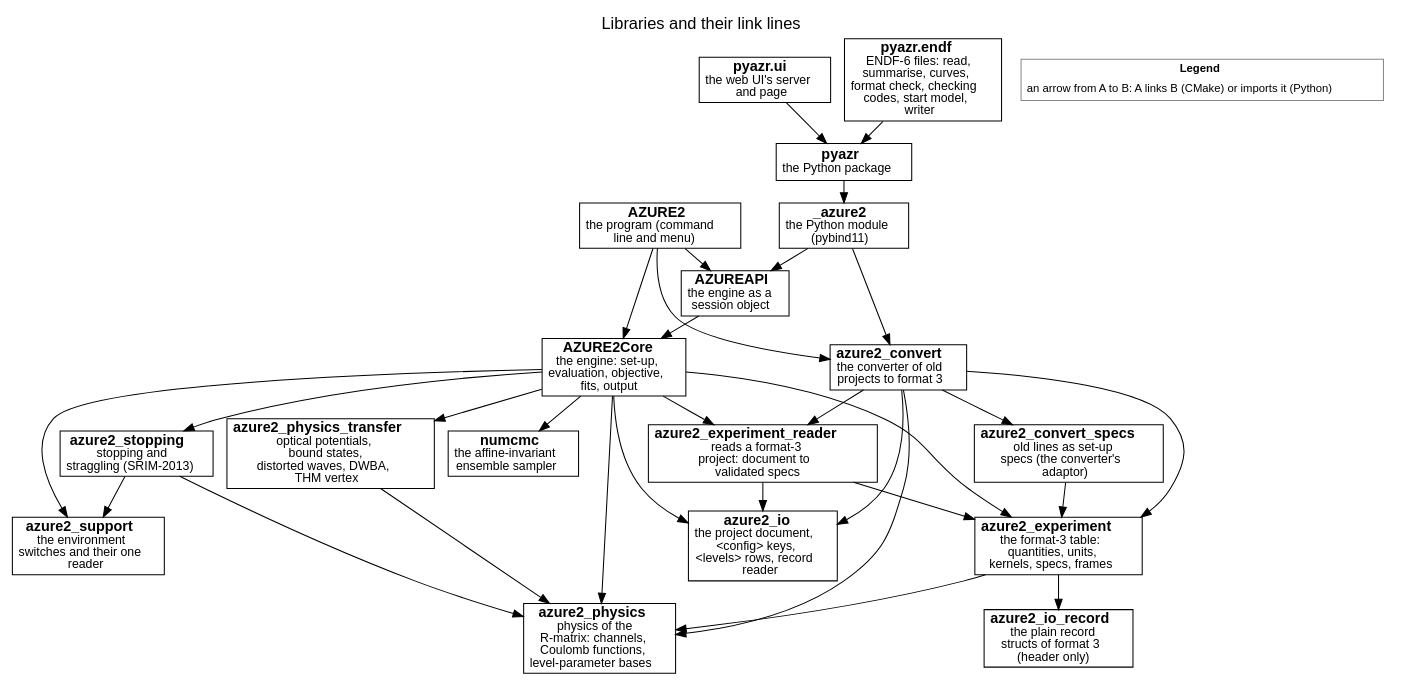
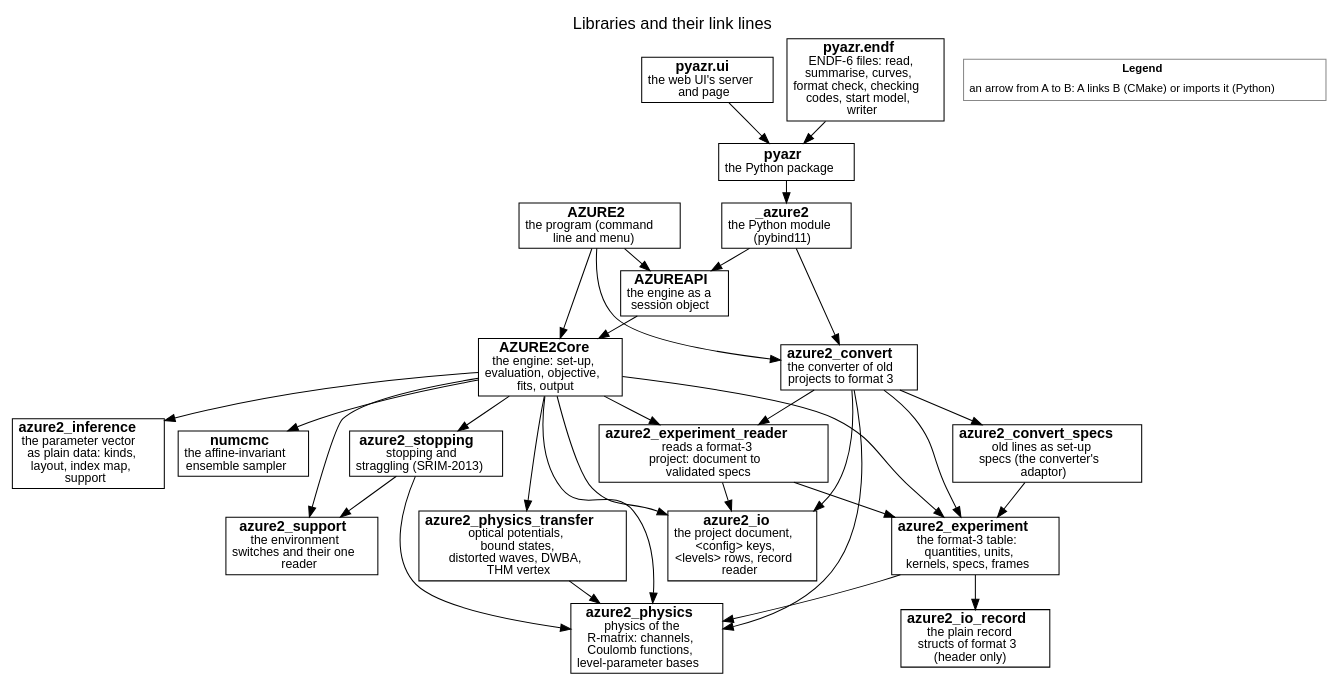
Before and after one commit to AZURE2DEV/AZURE2: the diagram in docs/source/developer/figures/libraries.dot, drawn with Graphviz. The commit also changed 47 other files, not shown here.

```diff
--- a/docs/source/developer/figures/libraries.dot
+++ b/docs/source/developer/figures/libraries.dot
@@ -1,54 +1,56 @@
 digraph libraries {
   graph [rankdir=TB, fontname="Helvetica", fontsize=16, labelloc=t, label="Libraries and their link lines", nodesep=0.18, ranksep=0.3, newrank=true];
   node [fontname="Helvetica", fontsize=14, margin="0.08,0.04"];
   edge [fontname="Helvetica", fontsize=12];
   n_azure2_support [label=<<b>azure2_support</b><br/><font point-size="12">the environment<br/>switches and their one<br/>reader</font>>, shape=box, style="filled", fillcolor="white"];
   n_azure2_physics [label=<<b>azure2_physics</b><br/><font point-size="12">physics of the<br/>R-matrix: channels,<br/>Coulomb functions,<br/>level-parameter bases</font>>, shape=box, style="filled", fillcolor="white"];
   n_azure2_physics_transfer [label=<<b>azure2_physics_transfer</b><br/><font point-size="12">optical potentials,<br/>bound states,<br/>distorted waves, DWBA,<br/>THM vertex</font>>, shape=box, style="filled", fillcolor="white"];
   n_azure2_io [label=<<b>azure2_io</b><br/><font point-size="12">the project document,<br/>&lt;config&gt; keys,<br/>&lt;levels&gt; rows, record<br/>reader</font>>, shape=box, style="filled", fillcolor="white"];
   n_azure2_io_record [label=<<b>azure2_io_record</b><br/><font point-size="12">the plain record<br/>structs of format 3<br/>(header only)</font>>, shape=box, style="filled", fillcolor="white"];
   n_azure2_stopping [label=<<b>azure2_stopping</b><br/><font point-size="12">stopping and<br/>straggling (SRIM-2013)</font>>, shape=box, style="filled", fillcolor="white"];
   n_azure2_experiment [label=<<b>azure2_experiment</b><br/><font point-size="12">the format-3 table:<br/>quantities, units,<br/>kernels, specs, frames</font>>, shape=box, style="filled", fillcolor="white"];
   n_azure2_experiment_reader [label=<<b>azure2_experiment_reader</b><br/><font point-size="12">reads a format-3<br/>project: document to<br/>validated specs</font>>, shape=box, style="filled", fillcolor="white"];
+  n_azure2_inference [label=<<b>azure2_inference</b><br/><font point-size="12">the parameter vector<br/>as plain data: kinds,<br/>layout, index map,<br/>support</font>>, shape=box, style="filled", fillcolor="white"];
   n_azure2_convert_specs [label=<<b>azure2_convert_specs</b><br/><font point-size="12">old lines as set-up<br/>specs (the converter&#x27;s<br/>adaptor)</font>>, shape=box, style="filled", fillcolor="white"];
   n_azure2_convert [label=<<b>azure2_convert</b><br/><font point-size="12">the converter of old<br/>projects to format 3</font>>, shape=box, style="filled", fillcolor="white"];
   n_numcmc [label=<<b>numcmc</b><br/><font point-size="12">the affine-invariant<br/>ensemble sampler</font>>, shape=box, style="filled", fillcolor="white"];
   n_AZURE2Core [label=<<b>AZURE2Core</b><br/><font point-size="12">the engine: set-up,<br/>evaluation, objective,<br/>fits, output</font>>, shape=box, style="filled", fillcolor="white"];
   n_AZUREAPI [label=<<b>AZUREAPI</b><br/><font point-size="12">the engine as a<br/>session object</font>>, shape=box, style="filled", fillcolor="white"];
   n_AZURE2 [label=<<b>AZURE2</b><br/><font point-size="12">the program (command<br/>line and menu)</font>>, shape=box, style="filled", fillcolor="white"];
   n__azure2 [label=<<b>_azure2</b><br/><font point-size="12">the Python module<br/>(pybind11)</font>>, shape=box, style="filled", fillcolor="white"];
   n_pyazr [label=<<b>pyazr</b><br/><font point-size="12">the Python package</font>>, shape=box, style="filled", fillcolor="white"];
   n_pyazr_ui [label=<<b>pyazr.ui</b><br/><font point-size="12">the web UI&#x27;s server<br/>and page</font>>, shape=box, style="filled", fillcolor="white"];
   n_pyazr_endf [label=<<b>pyazr.endf</b><br/><font point-size="12">ENDF-6 files: read,<br/>summarise, curves,<br/>format check, checking<br/>codes, start model,<br/>writer</font>>, shape=box, style="filled", fillcolor="white"];
   n_azure2_physics_transfer -> n_azure2_physics [style=solid, arrowhead=normal];
   n_azure2_stopping -> n_azure2_physics [style=solid, arrowhead=normal];
   n_azure2_stopping -> n_azure2_support [style=solid, arrowhead=normal];
   n_azure2_experiment -> n_azure2_physics [style=solid, arrowhead=normal];
   n_azure2_experiment -> n_azure2_io_record [style=solid, arrowhead=normal];
   n_azure2_experiment_reader -> n_azure2_experiment [style=solid, arrowhead=normal];
   n_azure2_experiment_reader -> n_azure2_io [style=solid, arrowhead=normal];
   n_azure2_convert_specs -> n_azure2_experiment [style=solid, arrowhead=normal];
   n_azure2_convert -> n_azure2_io [style=solid, arrowhead=normal];
   n_azure2_convert -> n_azure2_experiment [style=solid, arrowhead=normal];
   n_azure2_convert -> n_azure2_experiment_reader [style=solid, arrowhead=normal];
   n_azure2_convert -> n_azure2_physics [style=solid, arrowhead=normal];
   n_azure2_convert -> n_azure2_convert_specs [style=solid, arrowhead=normal];
   n_AZURE2Core -> n_azure2_support [style=solid, arrowhead=normal];
   n_AZURE2Core -> n_azure2_physics [style=solid, arrowhead=normal];
   n_AZURE2Core -> n_azure2_physics_transfer [style=solid, arrowhead=normal];
   n_AZURE2Core -> n_azure2_stopping [style=solid, arrowhead=normal];
   n_AZURE2Core -> n_azure2_io [style=solid, arrowhead=normal];
   n_AZURE2Core -> n_azure2_experiment [style=solid, arrowhead=normal];
   n_AZURE2Core -> n_azure2_experiment_reader [style=solid, arrowhead=normal];
+  n_AZURE2Core -> n_azure2_inference [style=solid, arrowhead=normal];
   n_AZURE2Core -> n_numcmc [style=solid, arrowhead=normal];
   n_AZUREAPI -> n_AZURE2Core [style=solid, arrowhead=normal];
   n_AZURE2 -> n_AZUREAPI [style=solid, arrowhead=normal];
   n_AZURE2 -> n_AZURE2Core [style=solid, arrowhead=normal];
   n_AZURE2 -> n_azure2_convert [style=solid, arrowhead=normal];
   n__azure2 -> n_AZUREAPI [style=solid, arrowhead=normal];
   n__azure2 -> n_azure2_convert [style=solid, arrowhead=normal];
   n_pyazr -> n__azure2 [style=solid, arrowhead=normal];
   n_pyazr_ui -> n_pyazr [style=solid, arrowhead=normal];
   n_pyazr_endf -> n_pyazr [style=solid, arrowhead=normal];
   legend [shape=plaintext, fontsize=11, label=<<TABLE BORDER="1" CELLBORDER="0" CELLSPACING="2" COLOR="#888888"><TR><TD><B>Legend</B></TD></TR><TR><TD ALIGN="LEFT">an arrow from A to B: A links B (CMake) or imports it (Python)</TD></TR></TABLE>>];
 }
```
